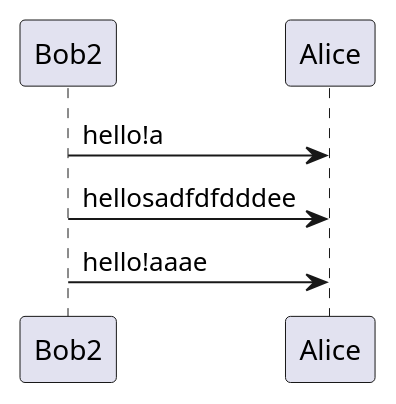
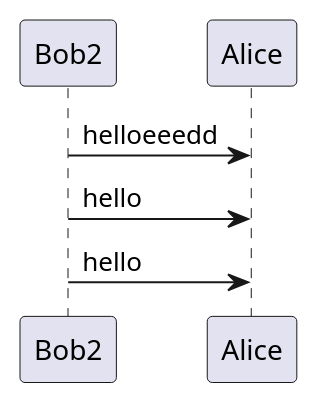
The second of 2 diagrams in src/01.getting-started.md (baki504/code-conversation-presentations), drawn with PlantUML before and after one commit. The commit also changed other lines of this file and 42 other files, not shown here.

````diff
--- a/src/01.getting-started.md
+++ b/src/01.getting-started.md
@@ -13,7 +13,7 @@
 ```plantuml
 @startuml
-Bob2 -> Alice : hello!a
-Bob2 -> Alice : hellosadfdfdddee
-Bob2 -> Alice : hello!aaae
+Bob2 -> Alice : helloeeedd
+Bob2 -> Alice : hello
+Bob2 -> Alice : hello
 @enduml
 ```
````
